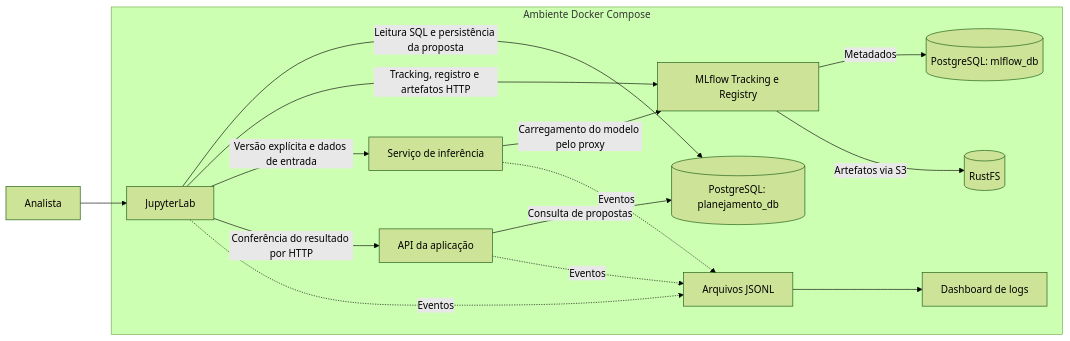
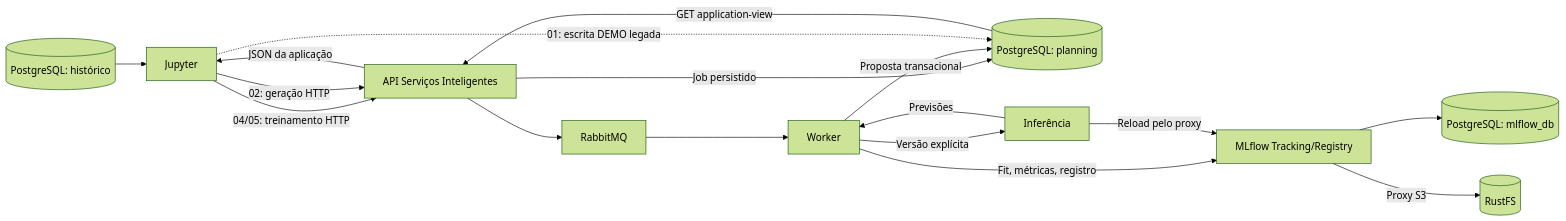
The diagram in README.md (Quanticoi/marista-horas-intel-poc-ia), drawn with Mermaid (forest theme) before and after one commit. The commit also changed other lines of this file and 167 other files, not shown here.

````diff
--- a/README.md
+++ b/README.md
@@ -51,18 +29,19 @@
 ```mermaid
 flowchart LR
-    U[Analista] --> J[JupyterLab]
-    subgraph Docker[Ambiente Docker Compose]
-        J -->|Leitura SQL e persistência da proposta| P[(PostgreSQL: planejamento_db)]
-        J -->|Tracking, registro e artefatos HTTP| M[MLflow Tracking e Registry]
-        M -->|Metadados| T[(PostgreSQL: mlflow_db)]
-        M -->|Artefatos via S3| S[(RustFS)]
-        J -->|Versão explícita e dados de entrada| I[Serviço de inferência]
-        I -->|Carregamento do modelo pelo proxy| M
-        J -->|Conferência do resultado por HTTP| A[API da aplicação]
-        A -->|Consulta de propostas| P
-        J -.->|Eventos| L[Arquivos JSONL]
-        I -.->|Eventos| L
-        A -.->|Eventos| L
-        L --> D[Dashboard de logs]
-    end
+  SQL[(PostgreSQL: histórico)] --> J[Jupyter]
+  J -->|04/05: treinamento HTTP| A[API Serviços Inteligentes]
+  J -->|02: geração HTTP| A
+  A -->|Job persistido| P[(PostgreSQL: planning)]
+  A --> Q[RabbitMQ]
+  Q --> W[Worker]
+  W -->|Fit, métricas, registro| M[MLflow Tracking/Registry]
+  M --> META[(PostgreSQL: mlflow_db)]
+  M -->|Proxy S3| S[(RustFS)]
+  W -->|Versão explícita| I[Inferência]
+  I -->|Reload pelo proxy| M
+  I -->|Previsões| W
+  W -->|Proposta transacional| P
+  P -->|GET application-view| A
+  A -->|JSON da aplicação| J
+  J -.->|01: escrita DEMO legada| P
 ```
````
